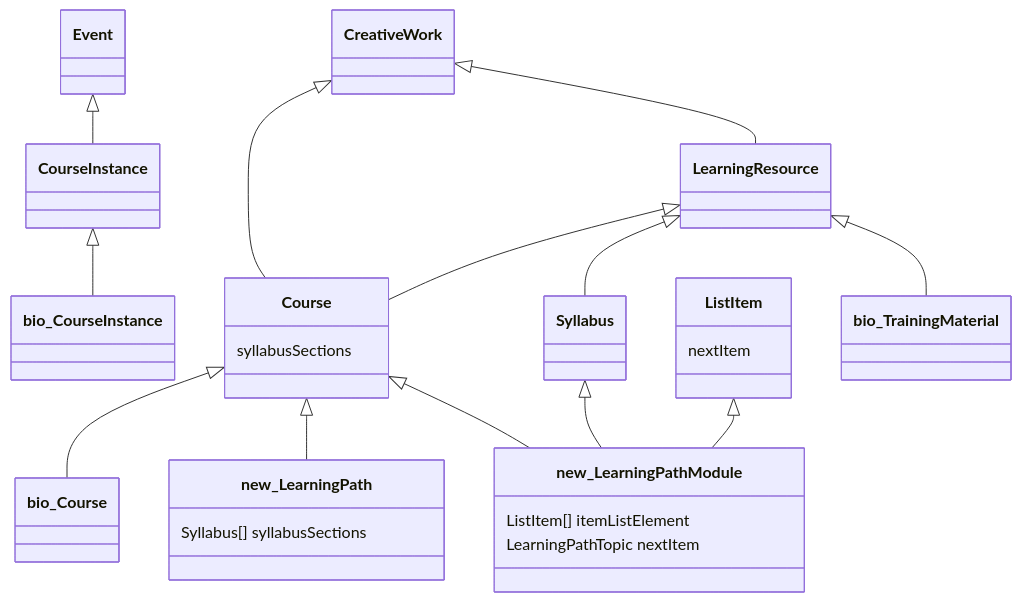
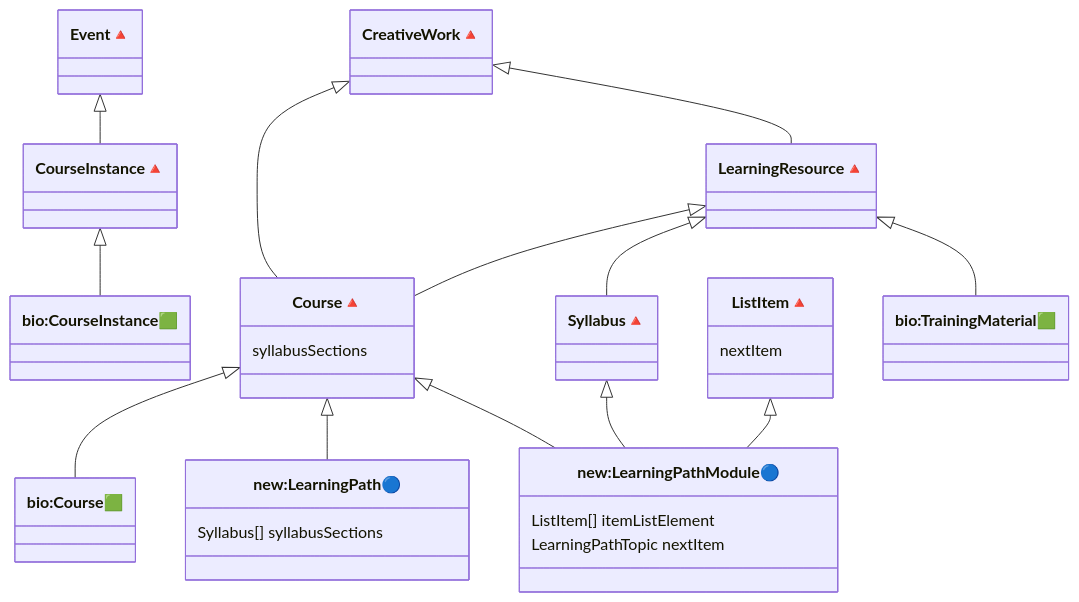
The fourth of 4 diagrams in README.md (BioSchemas/LearningPath-sandbox), drawn with Mermaid before and after one commit. The commit also changed other lines of this file, not shown here.

Commit message:
Add icons to class diagram

````diff
--- a/README.md
+++ b/README.md
@@ -282,43 +282,45 @@
 ```mermaid
 classDiagram
 direction TB
-    class Event {
+    class CourseInstance["CourseInstance🔺"] {
     }
-    class CourseInstance {
+    class bio_CourseInstance["bio:CourseInstance🟩"] {
     }
-    class bio_CourseInstance {
+    class bio_Course["bio:Course🟩"] {
     }
-    class bio_Course {
+    class Course["Course🔺"] {
+	    syllabusSections
     }
-    class Course {
-        syllabusSections
+    class new_LearningPath["new:LearningPath🔵"] {
+	    Syllabus[] syllabusSections
     }
-    class new_LearningPath {
-        Syllabus[] syllabusSections
-    }
-    class ListItem {
+    class ListItem["ListItem🔺"] {
 	    nextItem
     }
-    class Syllabus {  
+    class Syllabus["Syllabus🔺"] {
     }
-    class new_LearningPathModule {
-        ListItem[] itemListElement
-        LearningPathTopic nextItem
+    class new_LearningPathModule["new:LearningPathModule🔵"] {
+	    ListItem[] itemListElement
+	    LearningPathTopic nextItem
     }
-    class LearningResource {
+    class LearningResource["LearningResource🔺"] {
     }
-    class bio_TrainingMaterial {
+    class bio_TrainingMaterial["bio:TrainingMaterial🟩"] {
+    }
+    class CreativeWork["CreativeWork🔺"] {
+    }
+    class Event["Event🔺"] {
     }
     Course <|-- bio_Course
     Course <|-- new_LearningPath
     Course <|-- new_LearningPathModule
     Syllabus <|-- new_LearningPathModule
     ListItem <|-- new_LearningPathModule
     CreativeWork <|-- LearningResource
     CreativeWork <|-- Course
     LearningResource <|-- Course
     LearningResource <|-- Syllabus
     Event <|-- CourseInstance
     CourseInstance <|-- bio_CourseInstance
     LearningResource <|-- bio_TrainingMaterial
 ```
````
